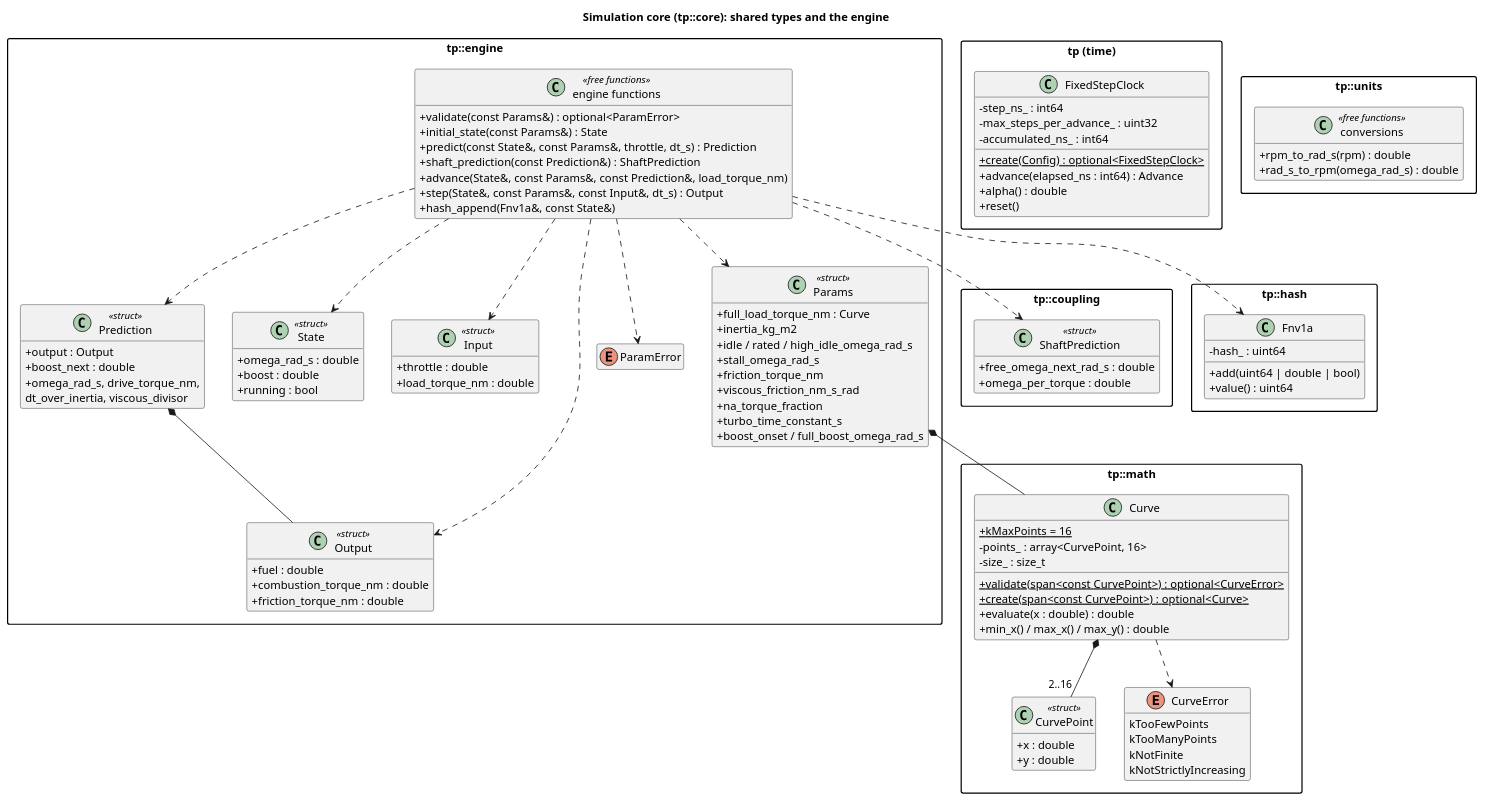
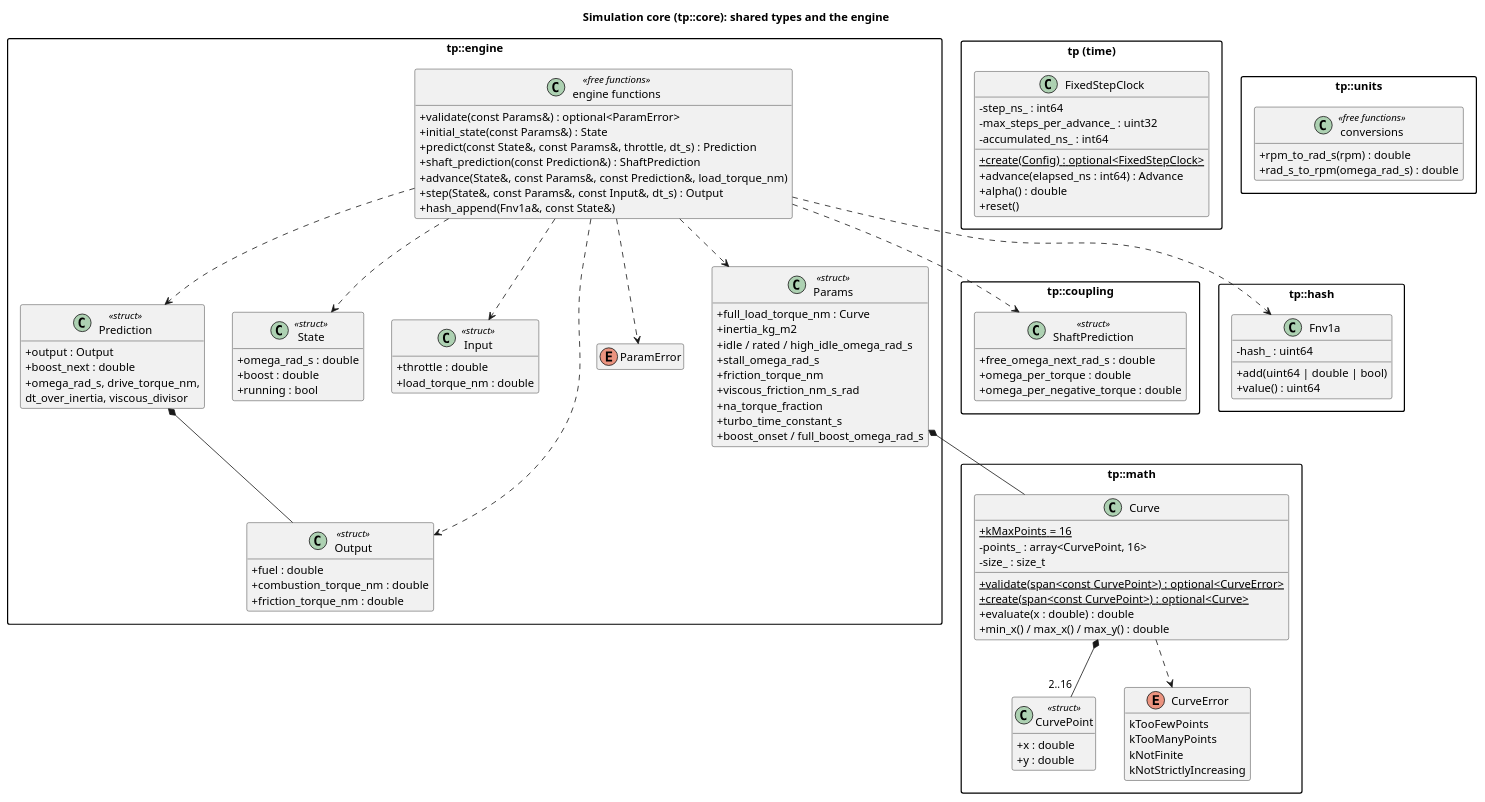
One commit to wversteeg/TractorPulling changed the diagram in docs/diagrams/core_classes.puml. Above: the diagram before and after it, drawn with PlantUML. The commit also changed 10 other files, not shown here.

```diff
--- a/docs/diagrams/core_classes.puml
+++ b/docs/diagrams/core_classes.puml
@@ -1,121 +1,122 @@
 @startuml core_classes
 title Simulation core (tp::core): shared types and the engine
 hide empty members
 skinparam packageStyle rectangle
 skinparam classAttributeIconSize 0
 
   package "tp::coupling" {
     class ShaftPrediction <<struct>> {
       +free_omega_next_rad_s : double
       +omega_per_torque : double
+      +omega_per_negative_torque : double
     }
   }
 
   package "tp::math" {
     class CurvePoint <<struct>> {
       +x : double
       +y : double
     }
     enum CurveError {
       kTooFewPoints
       kTooManyPoints
       kNotFinite
       kNotStrictlyIncreasing
     }
     class Curve {
       +{static} kMaxPoints = 16
       -points_ : array<CurvePoint, 16>
       -size_ : size_t
       +{static} validate(span<const CurvePoint>) : optional<CurveError>
       +{static} create(span<const CurvePoint>) : optional<Curve>
       +evaluate(x : double) : double
       +min_x() / max_x() / max_y() : double
     }
     Curve *-- "2..16" CurvePoint
     Curve ..> CurveError
   }
 
   package "tp::engine" {
     class Params <<struct>> {
       +full_load_torque_nm : Curve
       +inertia_kg_m2
       +idle / rated / high_idle_omega_rad_s
       +stall_omega_rad_s
       +friction_torque_nm
       +viscous_friction_nm_s_rad
       +na_torque_fraction
       +turbo_time_constant_s
       +boost_onset / full_boost_omega_rad_s
     }
     class State <<struct>> {
       +omega_rad_s : double
       +boost : double
       +running : bool
     }
     class Input <<struct>> {
       +throttle : double
       +load_torque_nm : double
     }
     class Output <<struct>> {
       +fuel : double
       +combustion_torque_nm : double
       +friction_torque_nm : double
     }
     enum ParamError
     class Prediction <<struct>> {
       +output : Output
       +boost_next : double
       +omega_rad_s, drive_torque_nm,
        dt_over_inertia, viscous_divisor
     }
     class "engine functions" as EngineFns <<free functions>> {
       +validate(const Params&) : optional<ParamError>
       +initial_state(const Params&) : State
       +predict(const State&, const Params&, throttle, dt_s) : Prediction
       +shaft_prediction(const Prediction&) : ShaftPrediction
       +advance(State&, const Params&, const Prediction&, load_torque_nm)
       +step(State&, const Params&, const Input&, dt_s) : Output
       +hash_append(Fnv1a&, const State&)
     }
     Prediction *-- Output
     EngineFns ..> Prediction
     Params *-- Curve
     EngineFns ..> Params
     EngineFns ..> State
     EngineFns ..> Input
     EngineFns ..> Output
     EngineFns ..> ParamError
   }
 
 
   EngineFns ..> ShaftPrediction
 
   package "tp::hash" {
     class Fnv1a {
       -hash_ : uint64
       +add(uint64 | double | bool)
       +value() : uint64
     }
   }
   EngineFns ..> Fnv1a
 
   package "tp (time)" {
     class FixedStepClock {
       -step_ns_ : int64
       -max_steps_per_advance_ : uint32
       -accumulated_ns_ : int64
       +{static} create(Config) : optional<FixedStepClock>
       +advance(elapsed_ns : int64) : Advance
       +alpha() : double
       +reset()
     }
   }
 
   package "tp::units" {
     class "conversions" as Units <<free functions>> {
       +rpm_to_rad_s(rpm) : double
       +rad_s_to_rpm(omega_rad_s) : double
     }
   }
 
 @enduml
```
